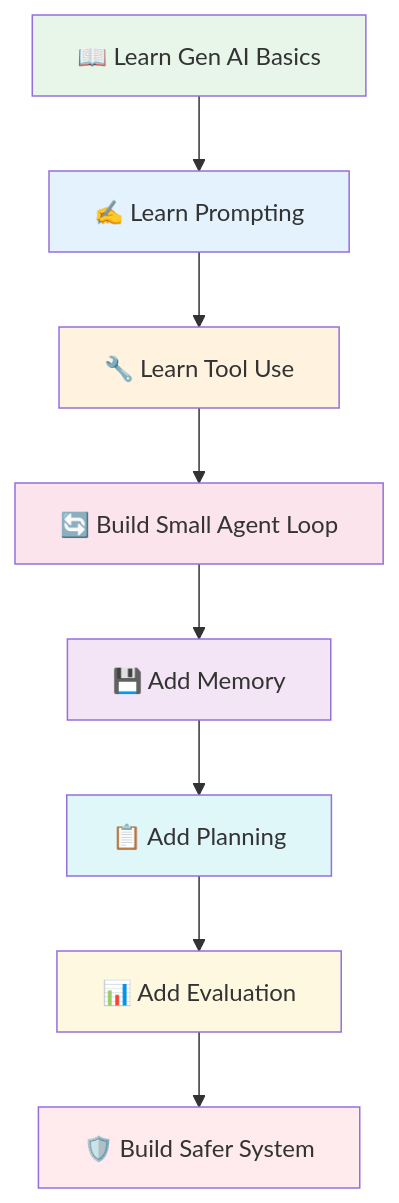
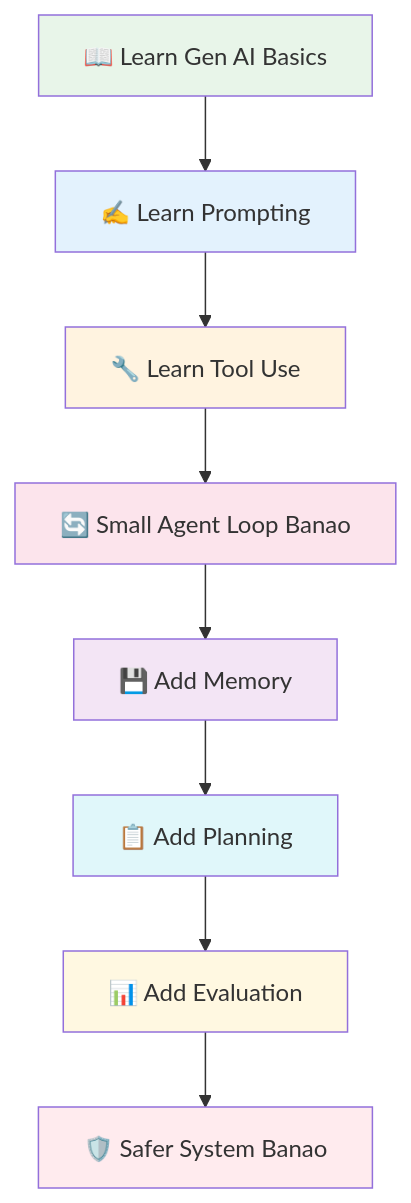
One commit to Sameer-Malik20/SusaGPT-Build-LLM-From-Scratch-With-Hinglish-Learning-Material changed diagram 15 of 15 in docs/agentic_ai_learning/00_Foundations/Agentic_AI_Guide.md. Above: the diagram before and after it, drawn with Mermaid. The commit also changed other lines of this file and 25 other files, not shown here.

````diff
--- a/docs/agentic_ai_learning/00_Foundations/Agentic_AI_Guide.md
+++ b/docs/agentic_ai_learning/00_Foundations/Agentic_AI_Guide.md
@@ -487,19 +487,19 @@
 ```mermaid
 flowchart TD
     A["📖 Learn Gen AI Basics"] --> B["✍️ Learn Prompting"]
     B --> C["🔧 Learn Tool Use"]
-    C --> D["🔄 Build Small Agent Loop"]
+    C --> D["🔄 Small Agent Loop Banao"]
     D --> E["💾 Add Memory"]
     E --> F["📋 Add Planning"]
     F --> G["📊 Add Evaluation"]
-    G --> H["🛡️ Build Safer System"]
+    G --> H["🛡️ Safer System Banao"]
 
     style A fill:#E8F5E9
     style B fill:#E3F2FD
     style C fill:#FFF3E0
     style D fill:#FCE4EC
     style E fill:#F3E5F5
     style F fill:#E0F7FA
     style G fill:#FFF8E1
     style H fill:#FFEBEE
 ```
````
